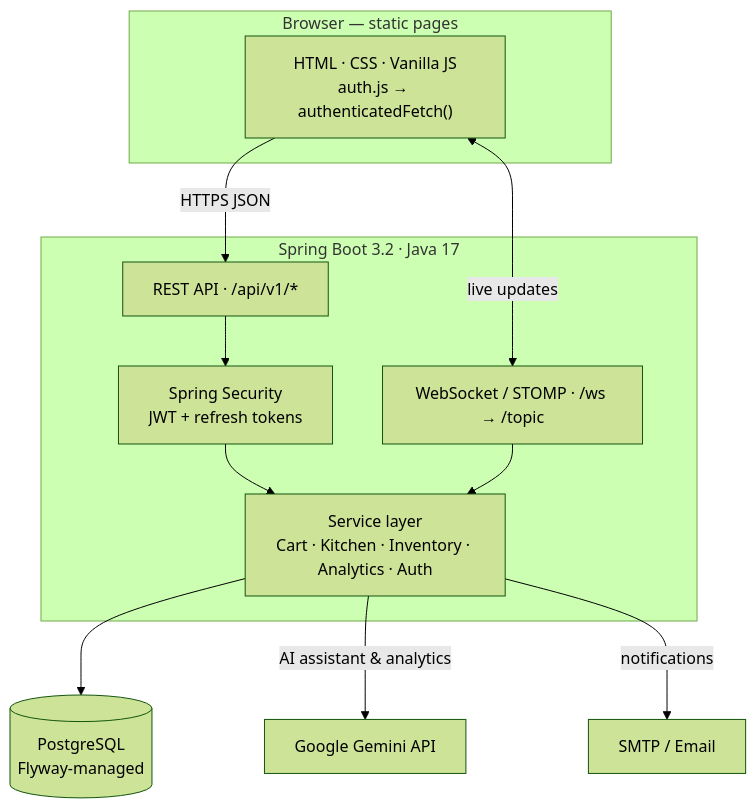
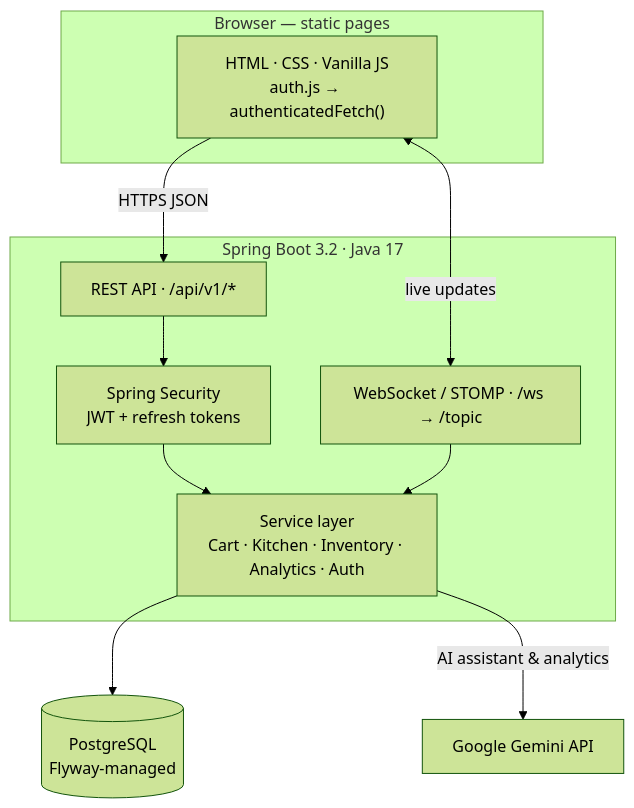
One commit to ModernityRejecter/RamsAI-Kitchen changed the first of 4 diagrams in README.md. Above: the diagram before and after it, drawn with Mermaid (forest theme).

Commit message:
Remove SMTP from architecture diagram
EmailService is mocked (logs to console) and not actually integrated—
the spring-boot-starter-mail dependency is present but JavaMailSender is
never used. SMTP is planned infrastructure, not an active system boundary,
so it shouldn't appear in the architecture diagram.

````diff
--- a/README.md
+++ b/README.md
@@ -70,25 +70,23 @@
 ```mermaid
 flowchart TB
     subgraph Client["Browser — static pages"]
         UI["HTML · CSS · Vanilla JS<br/>auth.js → authenticatedFetch()"]
     end
 
     subgraph Backend["Spring Boot 3.2 · Java 17"]
         REST["REST API · /api/v1/*"]
         WS["WebSocket / STOMP · /ws → /topic"]
         SEC["Spring Security<br/>JWT + refresh tokens"]
         SVC["Service layer<br/>Cart · Kitchen · Inventory · Analytics · Auth"]
         REST --> SEC --> SVC
         WS --> SVC
     end
 
     DB[("PostgreSQL<br/>Flyway-managed")]
     GEM["Google Gemini API"]
-    SMTP["SMTP / Email"]
 
     UI -->|HTTPS JSON| REST
     UI <-->|live updates| WS
     SVC --> DB
     SVC -->|AI assistant & analytics| GEM
-    SVC -->|notifications| SMTP
 ```
````
